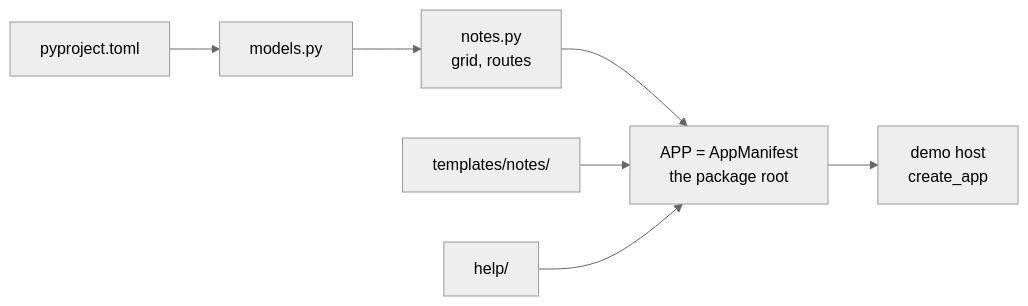
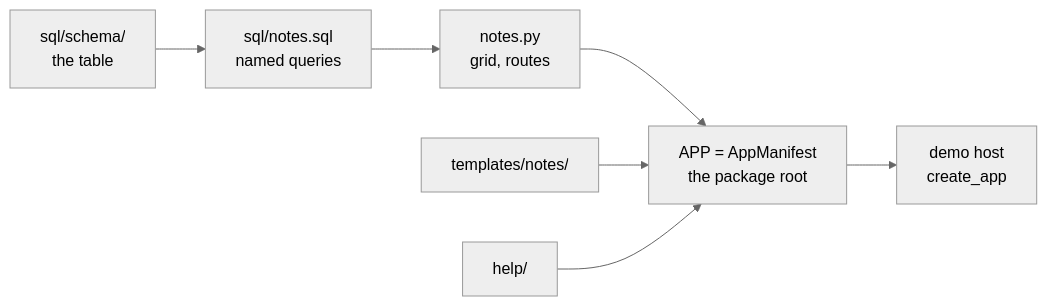
The diagram in lattice/help/developer/getting-started/first-app.md (anilvenugopal/lattice), drawn with Mermaid (neutral theme) before and after one commit. The commit also changed other lines of this file and 23 other files, not shown here.

````diff
--- a/lattice/help/developer/getting-started/first-app.md
+++ b/lattice/help/developer/getting-started/first-app.md
@@ -20,9 +21,9 @@
 ```mermaid
 flowchart LR
-  P[pyproject.toml] --> M[models.py]
-  M --> N[notes.py<br/>grid, routes]
+  S[sql/schema/<br/>the table] --> Q[sql/notes.sql<br/>named queries]
+  Q --> N[notes.py<br/>grid, routes]
   N --> A[APP = AppManifest<br/>the package root]
   T[templates/notes/] --> A
   H[help/] --> A
   A --> Host[demo host<br/>create_app]
 ```
````
